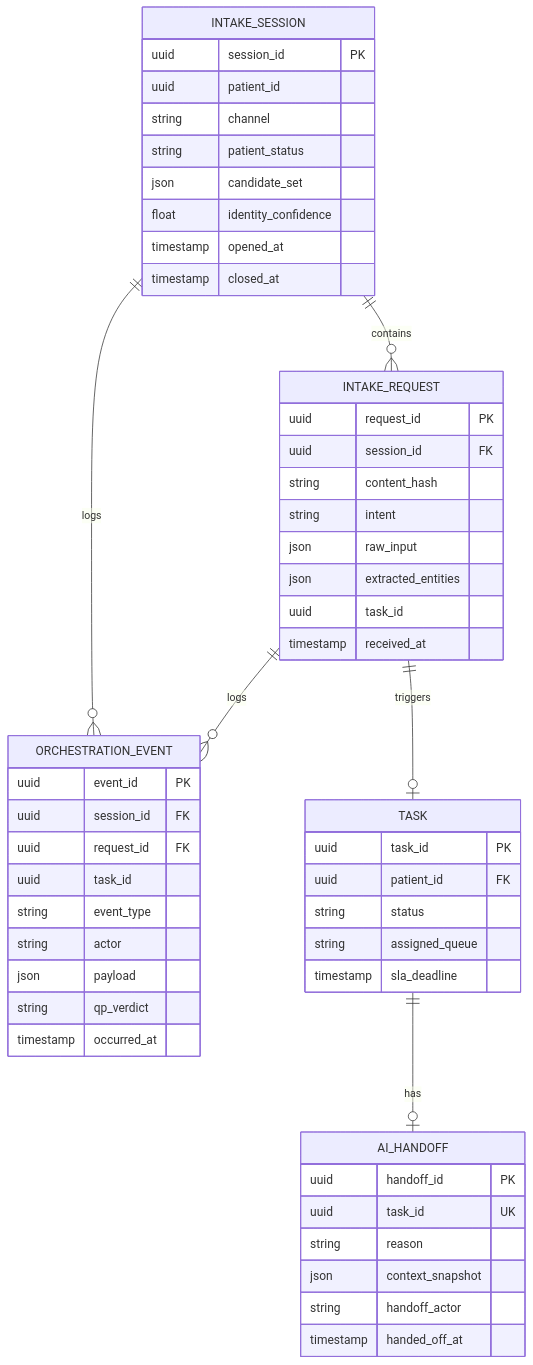
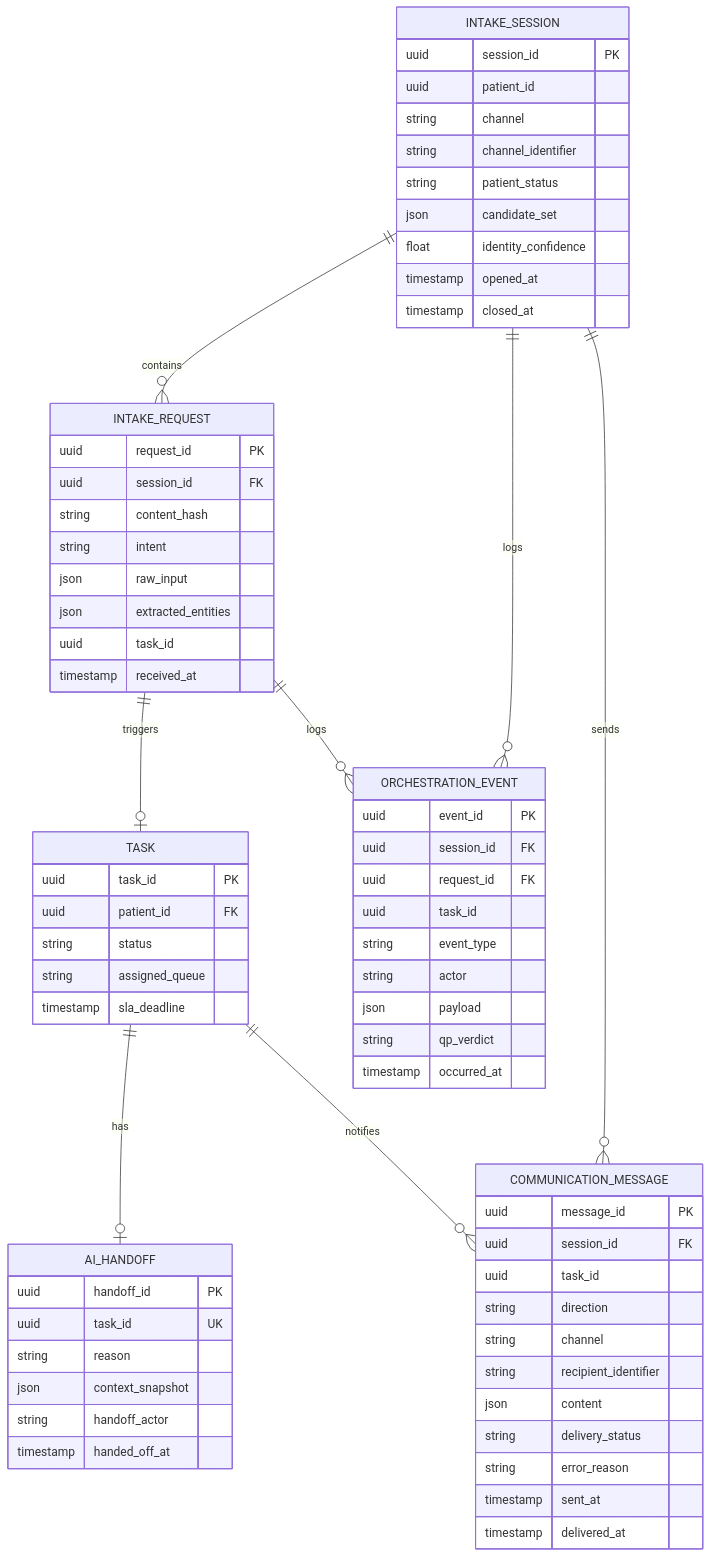
Before and after one commit to mohabnazmy/test: diagram 17 of 17 in all.md, drawn with Mermaid. The commit also changed other lines of this file, not shown here.

First line of the commit message:
Enhance data model with channel_identifier and types

````diff
--- a/all.md
+++ b/all.md
@@ -854,59 +854,76 @@
 ```mermaid
 erDiagram
     INTAKE_SESSION ||--o{ INTAKE_REQUEST : contains
     INTAKE_SESSION ||--o{ ORCHESTRATION_EVENT : logs
+    INTAKE_SESSION ||--o{ COMMUNICATION_MESSAGE : sends
     INTAKE_REQUEST ||--o| TASK : triggers
     INTAKE_REQUEST ||--o{ ORCHESTRATION_EVENT : logs
     TASK ||--o| AI_HANDOFF : has
+    TASK ||--o{ COMMUNICATION_MESSAGE : notifies
     
     INTAKE_SESSION {
         uuid session_id PK
         uuid patient_id
         string channel
+        string channel_identifier
         string patient_status
         json candidate_set
         float identity_confidence
         timestamp opened_at
         timestamp closed_at
     }
     
     INTAKE_REQUEST {
         uuid request_id PK
         uuid session_id FK
         string content_hash
         string intent
         json raw_input
         json extracted_entities
         uuid task_id
         timestamp received_at
+    }
+    
+    COMMUNICATION_MESSAGE {
+        uuid message_id PK
+        uuid session_id FK
+        uuid task_id
+        string direction
+        string channel
+        string recipient_identifier
+        json content
+        string delivery_status
+        string error_reason
+        timestamp sent_at
+        timestamp delivered_at
     }
     
     ORCHESTRATION_EVENT {
         uuid event_id PK
         uuid session_id FK
         uuid request_id FK
         uuid task_id
         string event_type
         string actor
         json payload
         string qp_verdict
         timestamp occurred_at
     }
     
     AI_HANDOFF {
         uuid handoff_id PK
         uuid task_id UK
         string reason
         json context_snapshot
         string handoff_actor
         timestamp handed_off_at
     }
     
     TASK {
         uuid task_id PK
         uuid patient_id FK
         string status
         string assigned_queue
         timestamp sla_deadline
     }
 ```
````
